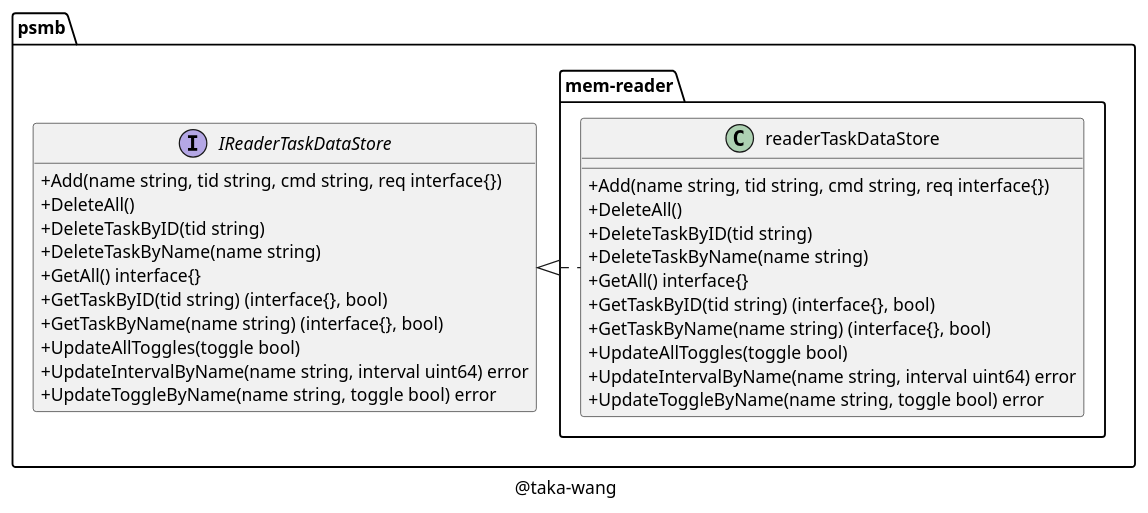
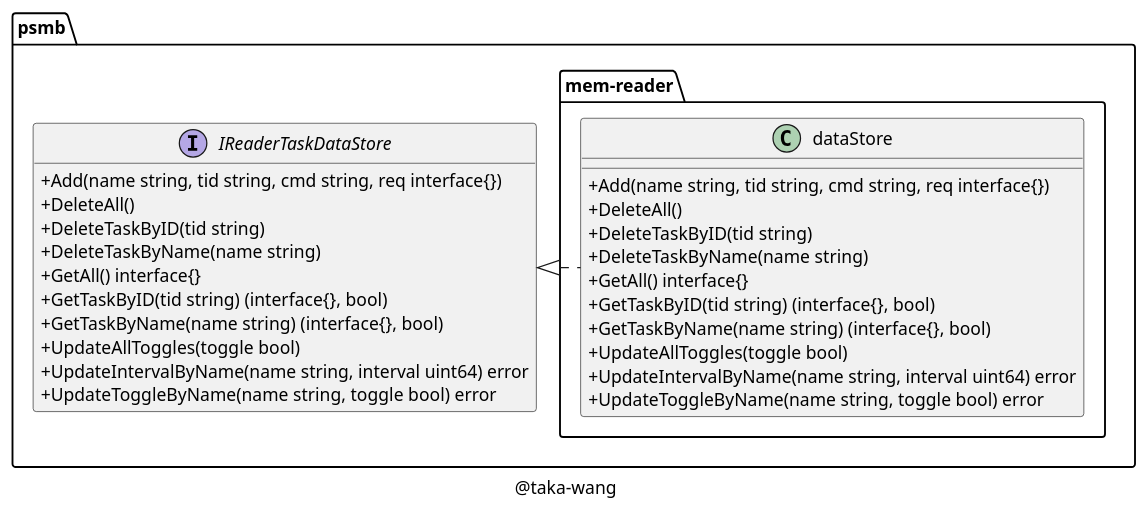
The diagram in class/mem-reader.puml (taka-wang/puml), drawn with PlantUML before and after one commit. The commit also changed 1 other file, not shown here.

Commit message:
update uml

```diff
--- a/class/mem-reader.puml
+++ b/class/mem-reader.puml
@@ -1,39 +1,39 @@
 @startuml
 
 set namespaceSeparator /
 
 skinparam classAttributeIconSize 0
 
-class psmb/mem-reader/readerTaskDataStore {
+class psmb/mem-reader/dataStore {
     +Add(name string, tid string, cmd string, req interface{})
     +DeleteAll()
     +DeleteTaskByID(tid string)
     +DeleteTaskByName(name string)
     +GetAll() interface{}
     +GetTaskByID(tid string) (interface{}, bool)
     +GetTaskByName(name string) (interface{}, bool)
     +UpdateAllToggles(toggle bool)
     +UpdateIntervalByName(name string, interval uint64) error
     +UpdateToggleByName(name string, toggle bool) error
 }
 
 interface psmb/IReaderTaskDataStore {
     +Add(name string, tid string, cmd string, req interface{})
     +DeleteAll()
     +DeleteTaskByID(tid string)
     +DeleteTaskByName(name string)
     +GetAll() interface{}
     +GetTaskByID(tid string) (interface{}, bool)
     +GetTaskByName(name string) (interface{}, bool)
     +UpdateAllToggles(toggle bool)
     +UpdateIntervalByName(name string, interval uint64) error
     +UpdateToggleByName(name string, toggle bool) error
 }
 
-"psmb/IReaderTaskDataStore" <|. "psmb/mem-reader/readerTaskDataStore"
+"psmb/IReaderTaskDataStore" <|. "psmb/mem-reader/dataStore"
 
 caption @taka-wang
 
 hide interface fields
 
 @enduml
```
